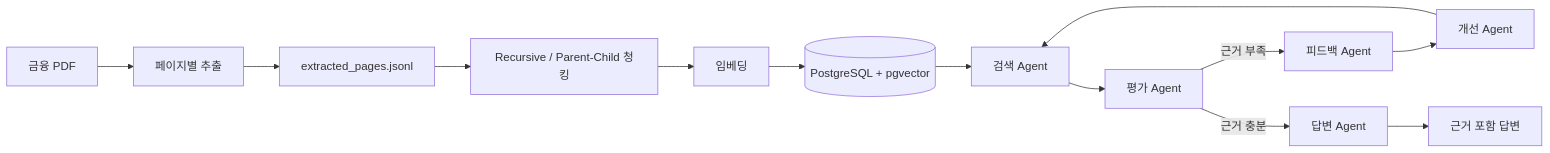
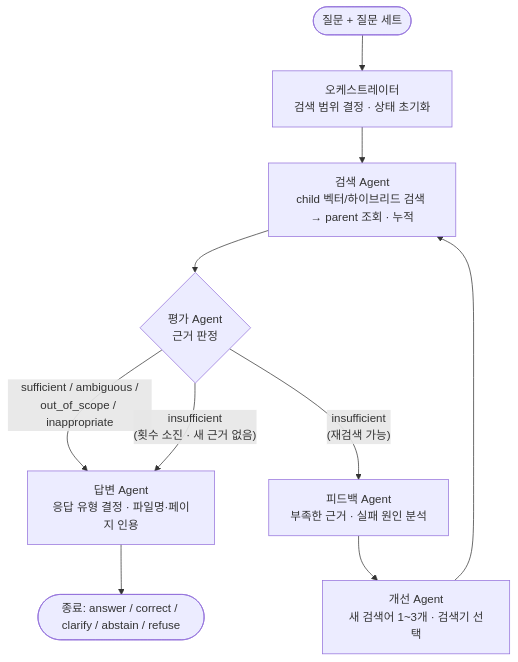
Before and after one commit to snail5039-code/rag_mini_project: the diagram in README.md, drawn with Mermaid. The commit also changed other lines of this file, not shown here.

````diff
--- a/README.md
+++ b/README.md
@@ -19,15 +225,12 @@
 ```mermaid
-flowchart LR
-    A[금융 PDF] --> B[페이지별 추출]
-    B --> C[extracted_pages.jsonl]
-    C --> D[Recursive / Parent-Child 청킹]
-    D --> E[임베딩]
-    E --> F[(PostgreSQL + pgvector)]
-    F --> G[검색 Agent]
-    G --> H[평가 Agent]
-    H -->|근거 부족| I[피드백 Agent]
-    I --> J[개선 Agent]
-    J --> G
-    H -->|근거 충분| K[답변 Agent]
-    K --> L[근거 포함 답변]
+flowchart TD
+    Q([질문 + 질문 세트]) --> O[오케스트레이터<br/>검색 범위 결정 · 상태 초기화]
+    O --> S[검색 Agent<br/>child 벡터/하이브리드 검색 → parent 조회 · 누적]
+    S --> E{평가 Agent<br/>근거 판정}
+    E -- "sufficient / ambiguous /<br/>out_of_scope / inappropriate" --> A[답변 Agent<br/>응답 유형 결정 · 파일명·페이지 인용]
+    E -- "insufficient<br/>(재검색 가능)" --> F[피드백 Agent<br/>부족한 근거 · 실패 원인 분석]
+    E -- "insufficient<br/>(횟수 소진 · 새 근거 없음)" --> A
+    F --> I[개선 Agent<br/>새 검색어 1~3개 · 검색기 선택]
+    I --> S
+    A --> END([종료: answer / correct / clarify / abstain / refuse])
 ```
````
